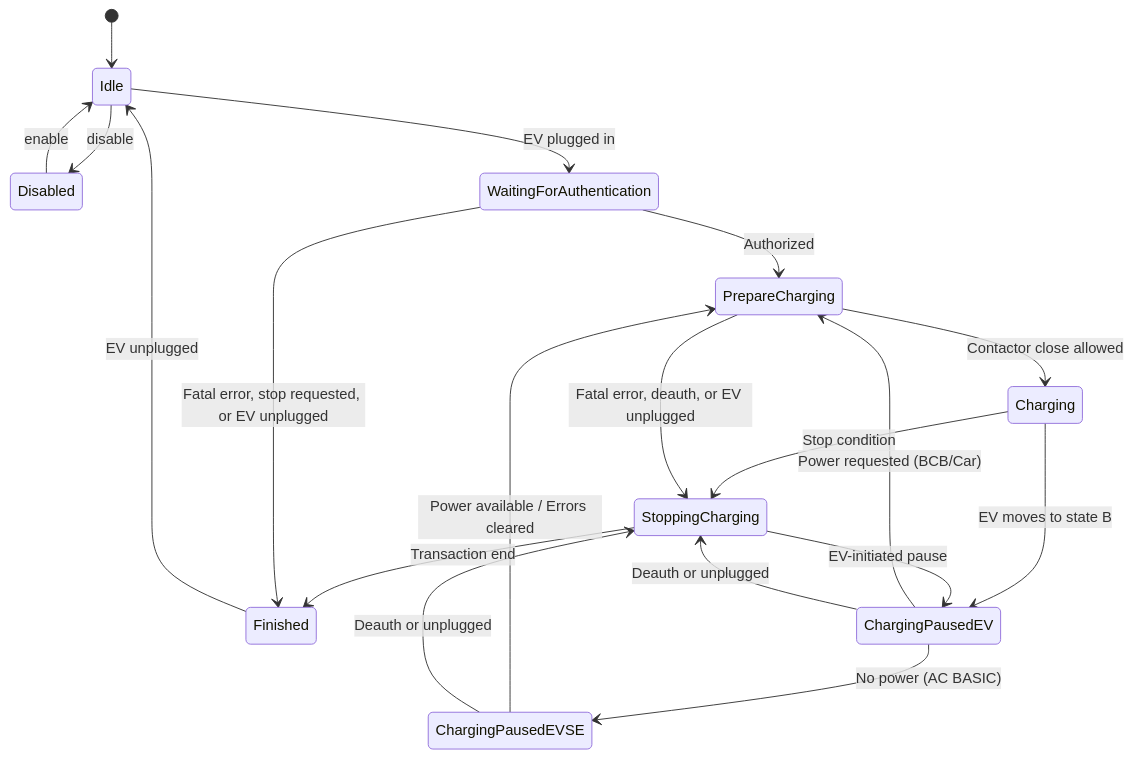
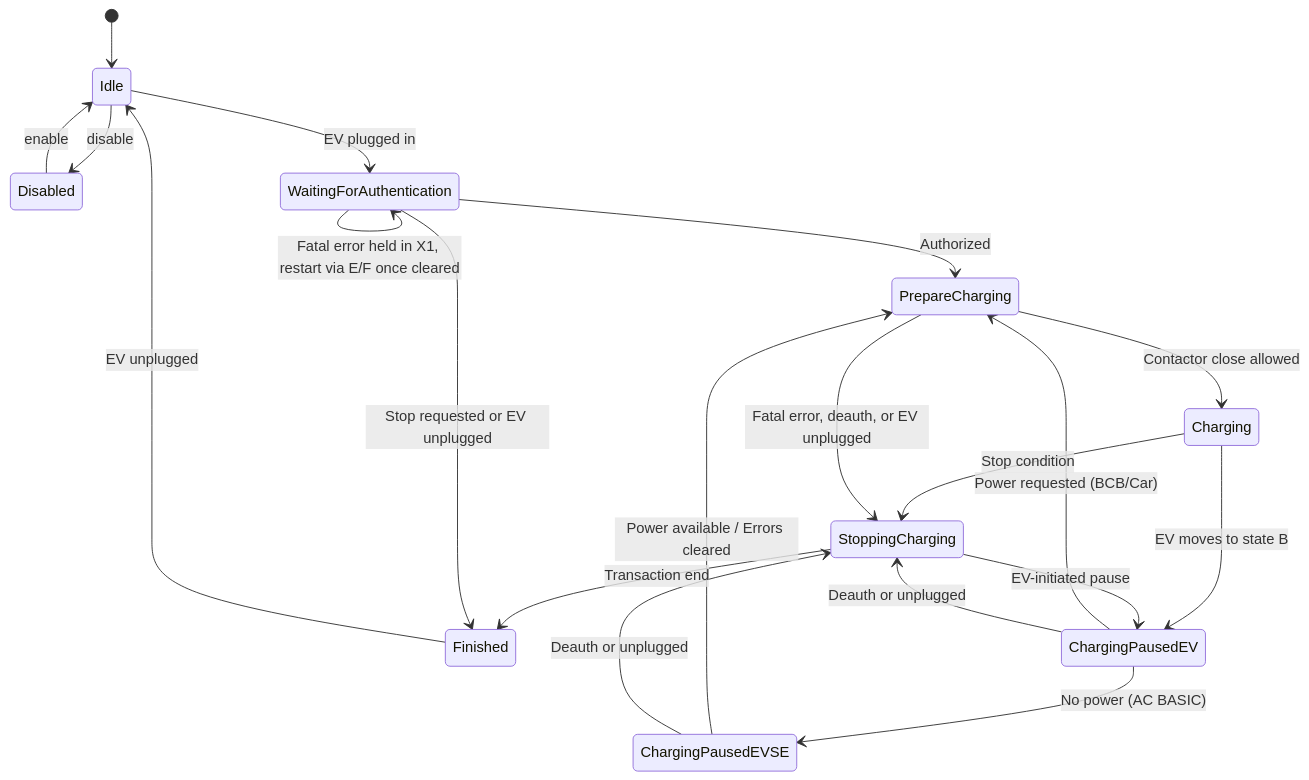
Before and after one commit to EVerest/EVerest: the diagram in modules/EVSE/EvseManager/docs/index.rst, drawn with Mermaid. The commit also changed other lines of this file and 4 other files, not shown here.

```diff
--- a/modules/EVSE/EvseManager/docs/index.rst
+++ b/modules/EVSE/EvseManager/docs/index.rst
@@ -154,34 +154,35 @@
 .. mermaid::
 
    stateDiagram-v2
        direction TB
 
        [*] --> Idle
 
        %% Enable / Disable
        Idle --> Disabled : disable
        Disabled --> Idle : enable
 
        %% Happy path
        Idle --> WaitingForAuthentication : EV plugged in
        WaitingForAuthentication --> PrepareCharging : Authorized
        PrepareCharging --> Charging : Contactor close allowed
        Charging --> StoppingCharging : Stop condition
        StoppingCharging --> Finished : Transaction end
        Finished --> Idle : EV unplugged
 
        %% Early exit / Errors
-       WaitingForAuthentication --> Finished : Fatal error, stop requested, or EV unplugged
+       WaitingForAuthentication --> Finished : Stop requested or EV unplugged
+       WaitingForAuthentication --> WaitingForAuthentication : Fatal error held in X1, restart via E/F once cleared
        PrepareCharging --> StoppingCharging : Fatal error, deauth, or EV unplugged
 
        %% Pauses
        Charging --> ChargingPausedEV : EV moves to state B
        ChargingPausedEV --> PrepareCharging : Power requested (BCB/Car)
        ChargingPausedEV --> ChargingPausedEVSE : No power (AC BASIC)
        ChargingPausedEV --> StoppingCharging : Deauth or unplugged
        
        ChargingPausedEVSE --> PrepareCharging : Power available / Errors cleared
        ChargingPausedEVSE --> StoppingCharging : Deauth or unplugged
 
        %% Post-Stop logic
        StoppingCharging --> ChargingPausedEV : EV-initiated pause
```
